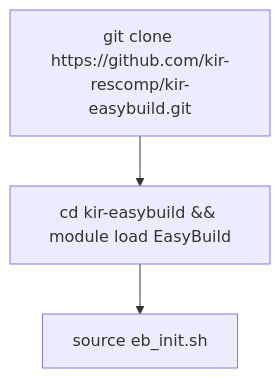
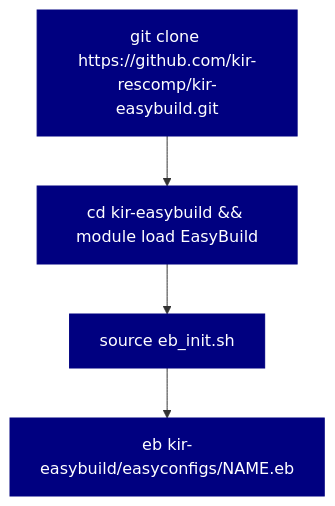
The diagram in README.md (kir-rescomp/kir-easybuild), drawn with Mermaid before and after one commit. The commit also changed other lines of this file, not shown here.

Commit message:
update README file

````diff
--- a/README.md
+++ b/README.md
@@ -13,5 +13,9 @@
 ```mermaid
 flowchart TD
     A["git clone https://github.com/kir-rescomp/kir-easybuild.git"] --> B["cd kir-easybuild && module load EasyBuild"]
     B --> C["source eb_init.sh"]
+    C --> D["eb kir-easybuild/easyconfigs/NAME.eb"]
+    
+    classDef navyStyle fill:#000080,stroke:#000080,color:#fff
+    class A,B,C,D navyStyle
 ```
````
